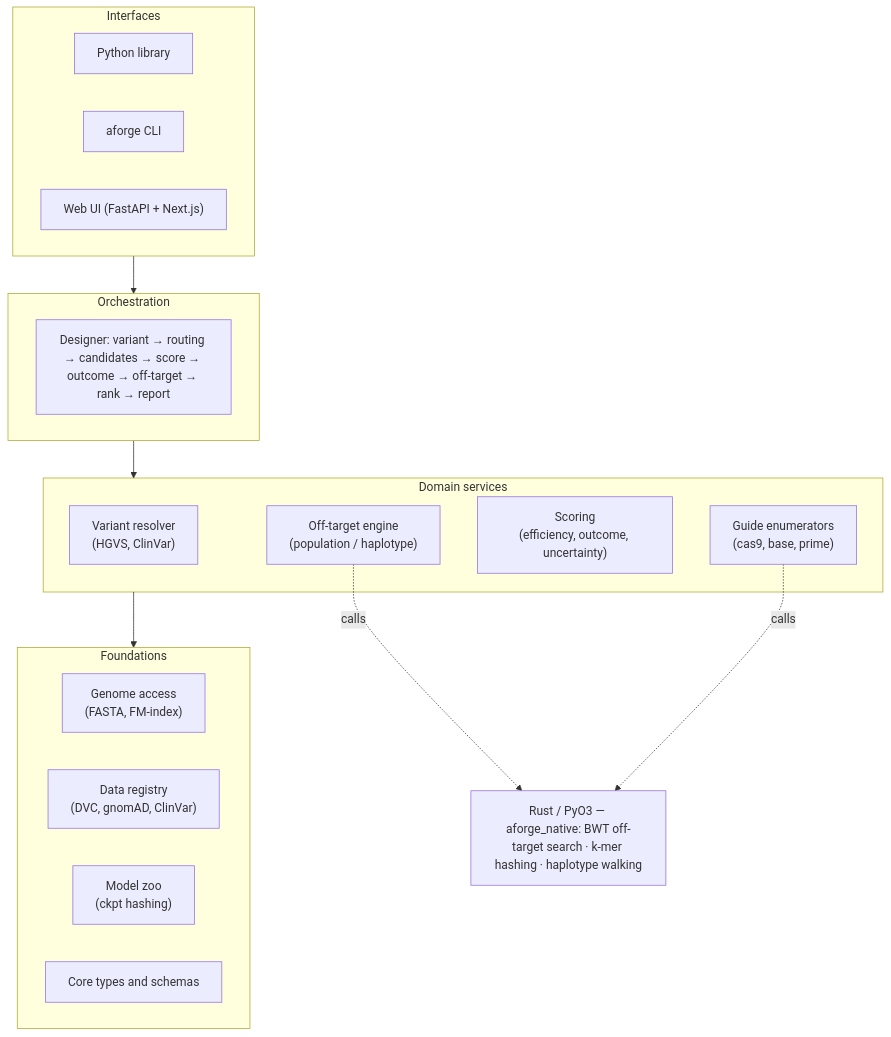
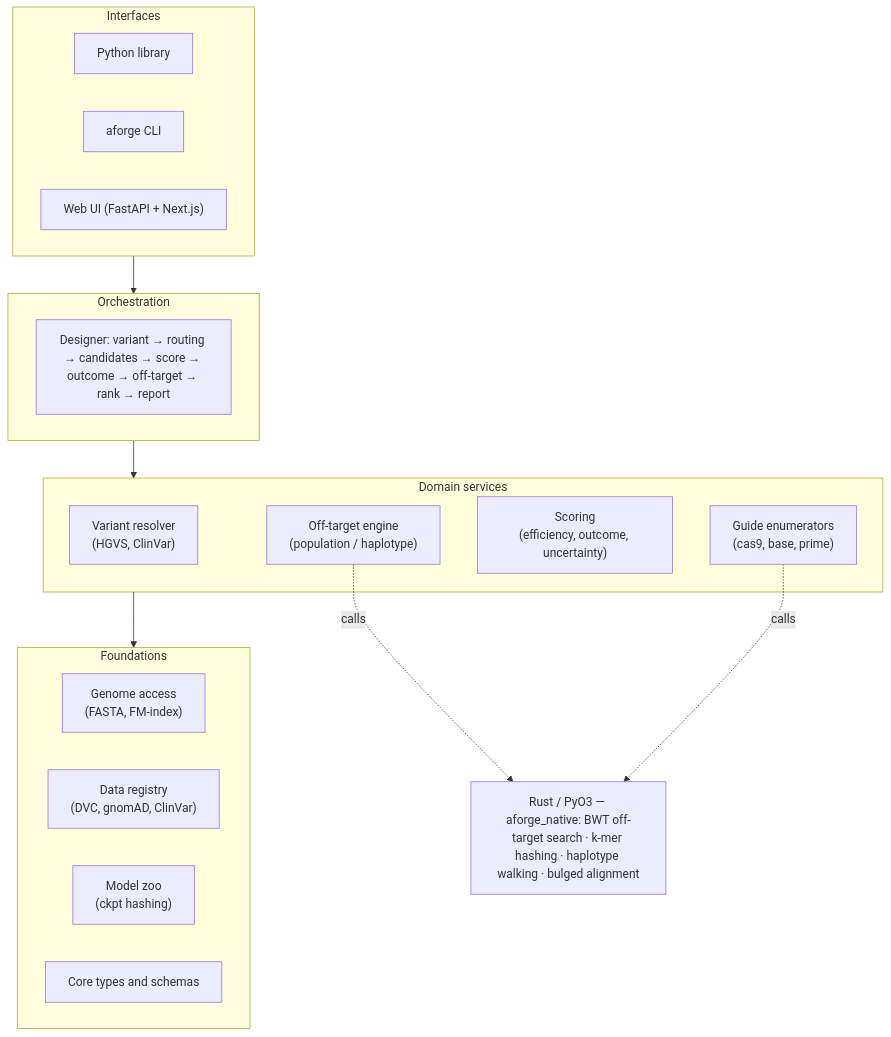
One commit to clay-good/alleleforge changed the first of 13 diagrams in README.md. Above: the diagram before and after it, drawn with Mermaid. The commit also changed other lines of this file and 5 other files, not shown here.

````diff
--- a/README.md
+++ b/README.md
@@ -106,28 +106,28 @@
 ```mermaid
 flowchart TB
     subgraph I["Interfaces"]
         PY["Python library"]
         CLI["aforge CLI"]
         WEB["Web UI (FastAPI + Next.js)"]
     end
     subgraph O["Orchestration"]
         DES["Designer: variant → routing → candidates → score → outcome → off-target → rank → report"]
     end
     subgraph D["Domain services"]
         VR["Variant resolver<br/>(HGVS, ClinVar)"]
         EN["Guide enumerators<br/>(cas9, base, prime)"]
         SC["Scoring<br/>(efficiency, outcome, uncertainty)"]
         OT["Off-target engine<br/>(population / haplotype)"]
     end
     subgraph F["Foundations"]
         GA["Genome access<br/>(FASTA, FM-index)"]
         DR["Data registry<br/>(DVC, gnomAD, ClinVar)"]
         MZ["Model zoo<br/>(ckpt hashing)"]
         CT["Core types and schemas"]
     end
-    RUST["Rust / PyO3 — aforge_native: BWT off-target search · k-mer hashing · haplotype walking"]
+    RUST["Rust / PyO3 — aforge_native: BWT off-target search · k-mer hashing · haplotype walking · bulged alignment"]
 
     I --> O --> D --> F
     OT -.calls.-> RUST
     EN -.calls.-> RUST
 ```
````
